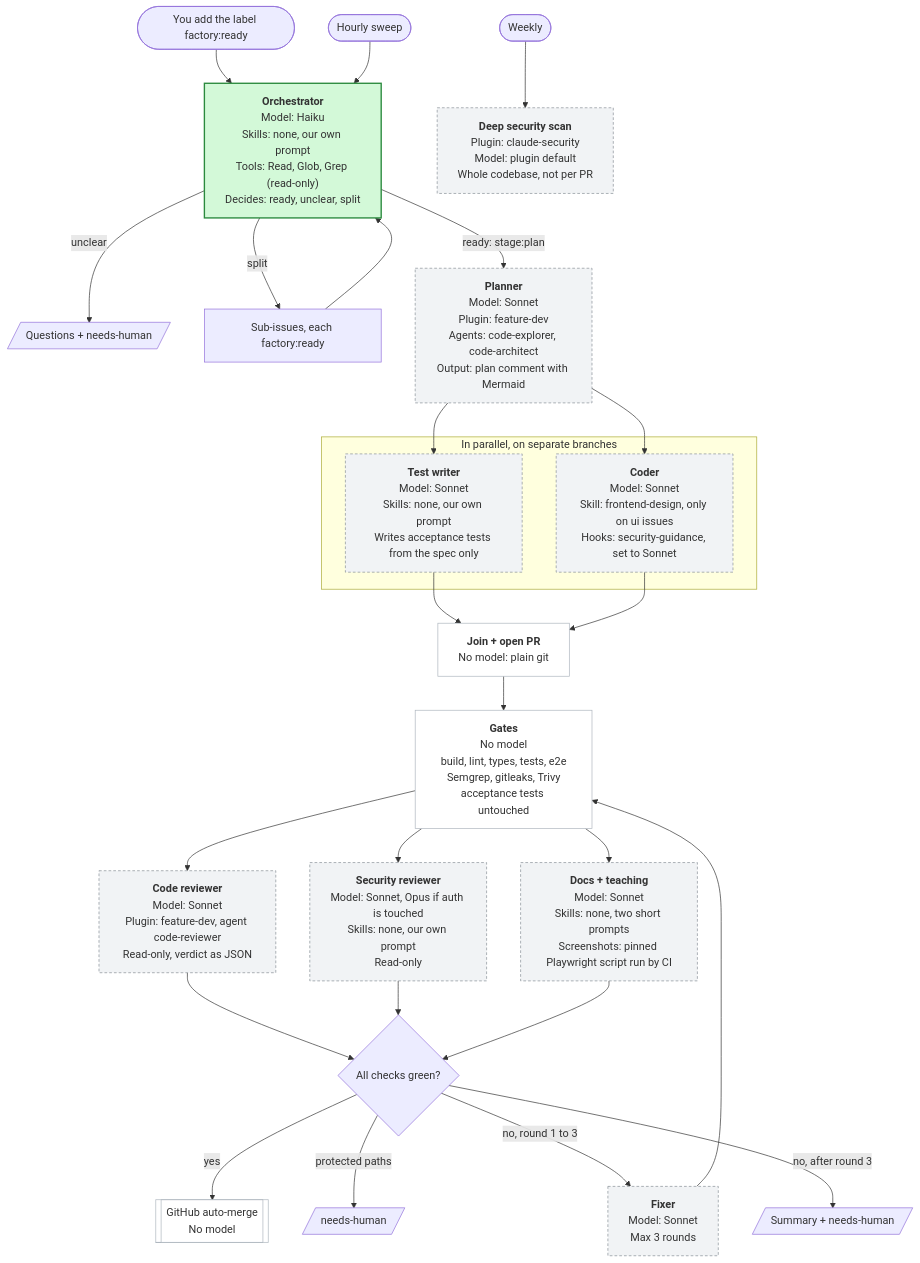
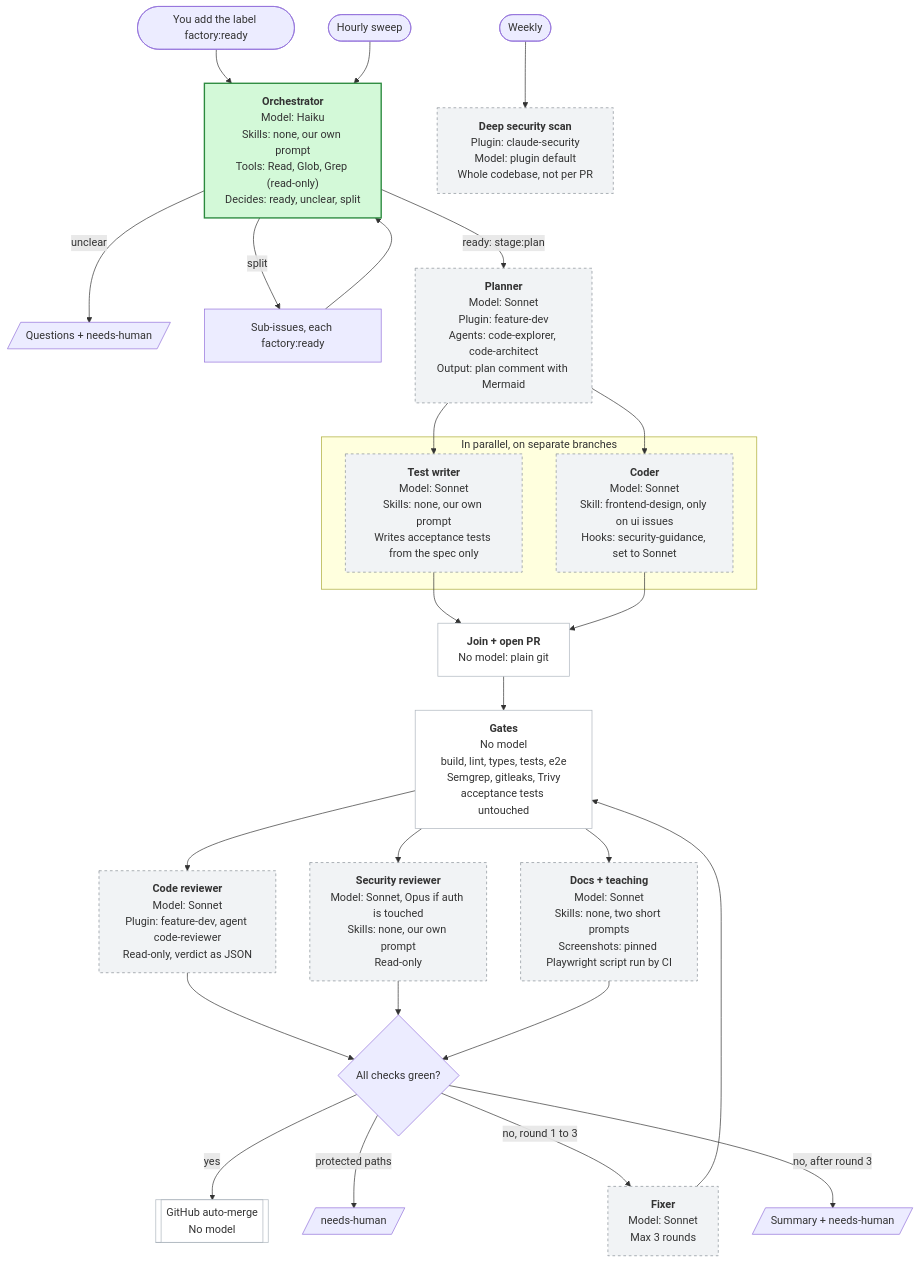
One commit to fjfj4/coding-factory changed the diagram in docs/architecture/factory-overview.md. Above: the diagram before and after it, drawn with Mermaid.

Commit message:
docs(#21): quote Mermaid labels so GitHub renders the graph

````diff
--- a/docs/architecture/factory-overview.md
+++ b/docs/architecture/factory-overview.md
@@ -5,41 +5,41 @@
 ```mermaid
 flowchart TD
-  you([You add the label factory:ready]) --> orch
-  cron([Hourly sweep]) --> orch
+  you(["You add the label factory:ready"]) --> orch
+  cron(["Hourly sweep"]) --> orch
 
   orch["<b>Orchestrator</b><br/>Model: Haiku<br/>Skills: none, our own prompt<br/>Tools: Read, Glob, Grep (read-only)<br/>Decides: ready, unclear, split"]
-  orch -->|unclear| h1[/"Questions + needs-human"/]
-  orch -->|split| subs["Sub-issues, each factory:ready"] --> orch
-  orch -->|ready: stage:plan| plan
+  orch -->|"unclear"| h1[/"Questions + needs-human"/]
+  orch -->|"split"| subs["Sub-issues, each factory:ready"] --> orch
+  orch -->|"ready: stage:plan"| plan
 
   plan["<b>Planner</b><br/>Model: Sonnet<br/>Plugin: feature-dev<br/>Agents: code-explorer, code-architect<br/>Output: plan comment with Mermaid"]
   plan --> tw & coder
 
-  subgraph par[In parallel, on separate branches]
+  subgraph par["In parallel, on separate branches"]
     tw["<b>Test writer</b><br/>Model: Sonnet<br/>Skills: none, our own prompt<br/>Writes acceptance tests from the spec only"]
     coder["<b>Coder</b><br/>Model: Sonnet<br/>Skill: frontend-design, only on ui issues<br/>Hooks: security-guidance, set to Sonnet"]
   end
 
   tw & coder --> join["<b>Join + open PR</b><br/>No model: plain git"]
   join --> gates["<b>Gates</b><br/>No model<br/>build, lint, types, tests, e2e<br/>Semgrep, gitleaks, Trivy<br/>acceptance tests untouched"]
 
   gates --> cr & sr & docs
   cr["<b>Code reviewer</b><br/>Model: Sonnet<br/>Plugin: feature-dev, agent code-reviewer<br/>Read-only, verdict as JSON"]
   sr["<b>Security reviewer</b><br/>Model: Sonnet, Opus if auth is touched<br/>Skills: none, our own prompt<br/>Read-only"]
   docs["<b>Docs + teaching</b><br/>Model: Sonnet<br/>Skills: none, two short prompts<br/>Screenshots: pinned Playwright script run by CI"]
 
-  cr & sr & docs --> decide{All checks green?}
-  decide -->|yes| merge[["GitHub auto-merge<br/>No model"]]
-  decide -->|protected paths| h2[/"needs-human"/]
-  decide -->|no, round 1 to 3| fixer["<b>Fixer</b><br/>Model: Sonnet<br/>Max 3 rounds"] --> gates
-  decide -->|no, after round 3| h3[/"Summary + needs-human"/]
+  cr & sr & docs --> decide{"All checks green?"}
+  decide -->|"yes"| merge[["GitHub auto-merge<br/>No model"]]
+  decide -->|"protected paths"| h2[/"needs-human"/]
+  decide -->|"no, round 1 to 3"| fixer["<b>Fixer</b><br/>Model: Sonnet<br/>Max 3 rounds"] --> gates
+  decide -->|"no, after round 3"| h3[/"Summary + needs-human"/]
 
-  weekly([Weekly]) --> deep["<b>Deep security scan</b><br/>Plugin: claude-security<br/>Model: plugin default<br/>Whole codebase, not per PR"]
+  weekly(["Weekly"]) --> deep["<b>Deep security scan</b><br/>Plugin: claude-security<br/>Model: plugin default<br/>Whole codebase, not per PR"]
 
   classDef built fill:#d3f9d8,stroke:#2b8a3e,stroke-width:2px
-  classDef planned fill:#f1f3f5,stroke:#868e96,stroke-dasharray:4 3
+  classDef planned fill:#f1f3f5,stroke:#868e96,stroke-dasharray:4
   classDef nomodel fill:#fff,stroke:#adb5bd
   class orch built
   class plan,tw,coder,cr,sr,docs,fixer,deep planned
   class join,gates,merge nomodel
 ```
````
